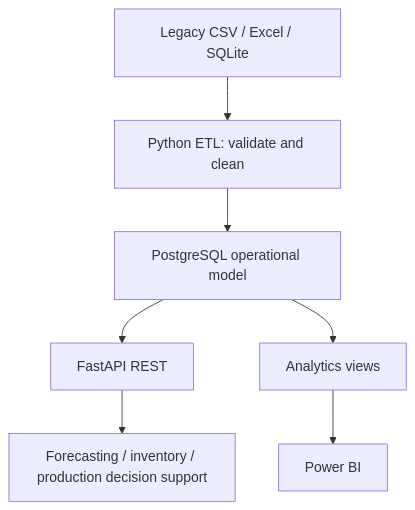
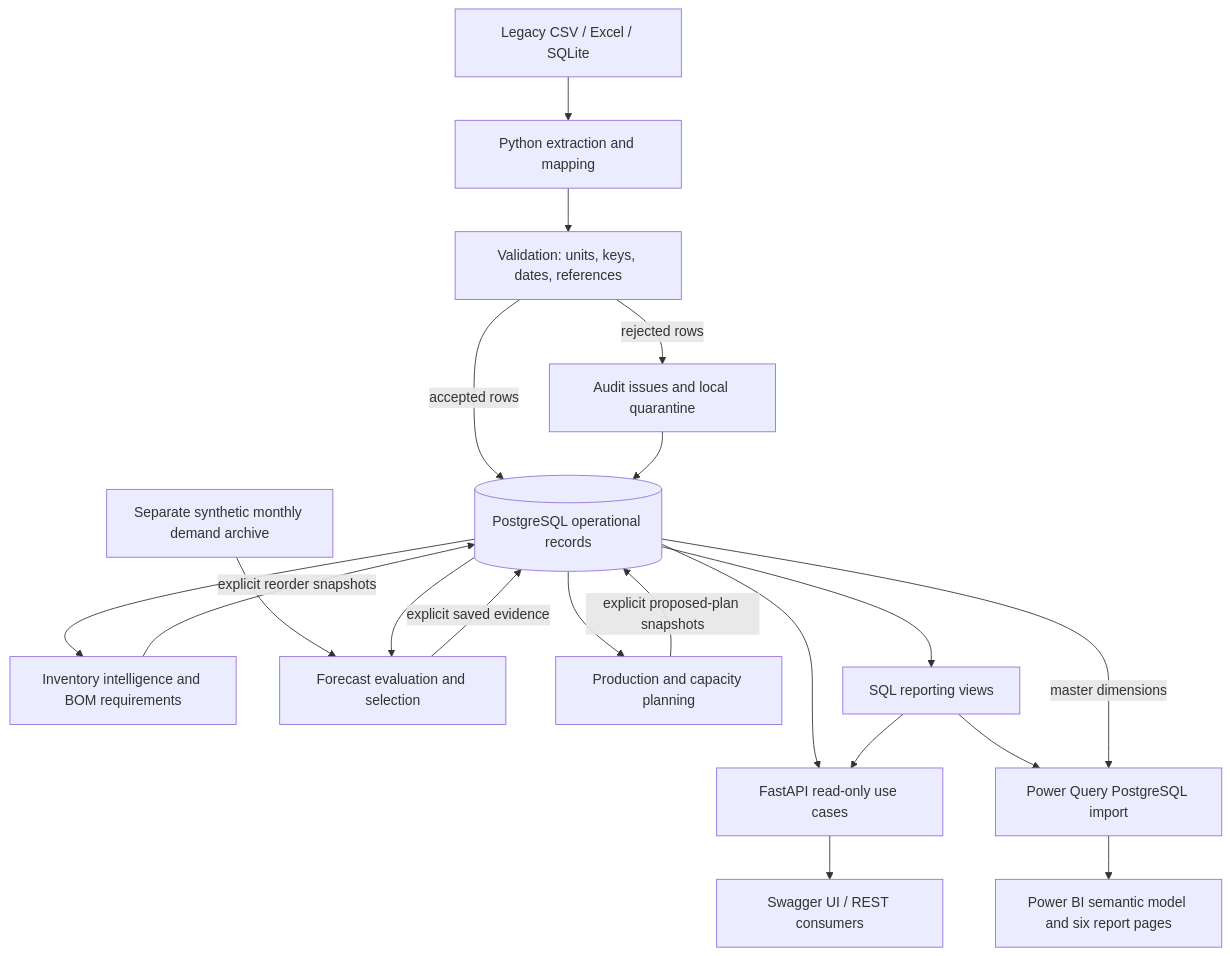
Before and after one commit to ibisoris/rivaline-manufacturing-platform: the diagram in README.md, drawn with Mermaid. The commit also changed other lines of this file and 10 other files, not shown here.

````diff
--- a/README.md
+++ b/README.md
@@ -156,9 +159,22 @@
 ```mermaid
 flowchart TD
-    A[Legacy CSV / Excel / SQLite] --> B[Python ETL: validate and clean]
-    B --> C[PostgreSQL operational model]
-    C --> D[FastAPI REST]
-    C --> E[Analytics views]
-    D --> F[Forecasting / inventory / production decision support]
-    E --> G[Power BI]
+    L[Legacy CSV / Excel / SQLite] --> X[Python extraction and mapping]
+    X --> V[Validation: units, keys, dates, references]
+    V -->|accepted rows| DB[(PostgreSQL operational records)]
+    V -->|rejected rows| Q[Audit issues and local quarantine]
+    Q --> DB
+    DB --> I[Inventory intelligence and BOM requirements]
+    H[Separate synthetic monthly demand archive] --> F[Forecast evaluation and selection]
+    DB --> F
+    F -->|explicit saved evidence| DB
+    I -->|explicit reorder snapshots| DB
+    DB --> P[Production and capacity planning]
+    P -->|explicit proposed-plan snapshots| DB
+    DB --> S[SQL reporting views]
+    DB --> API[FastAPI read-only use cases]
+    S --> API
+    API --> U[Swagger UI / REST consumers]
+    S --> M[Power Query PostgreSQL import]
+    DB -->|master dimensions| M
+    M --> BI[Power BI semantic model and six report pages]
 ```
````
